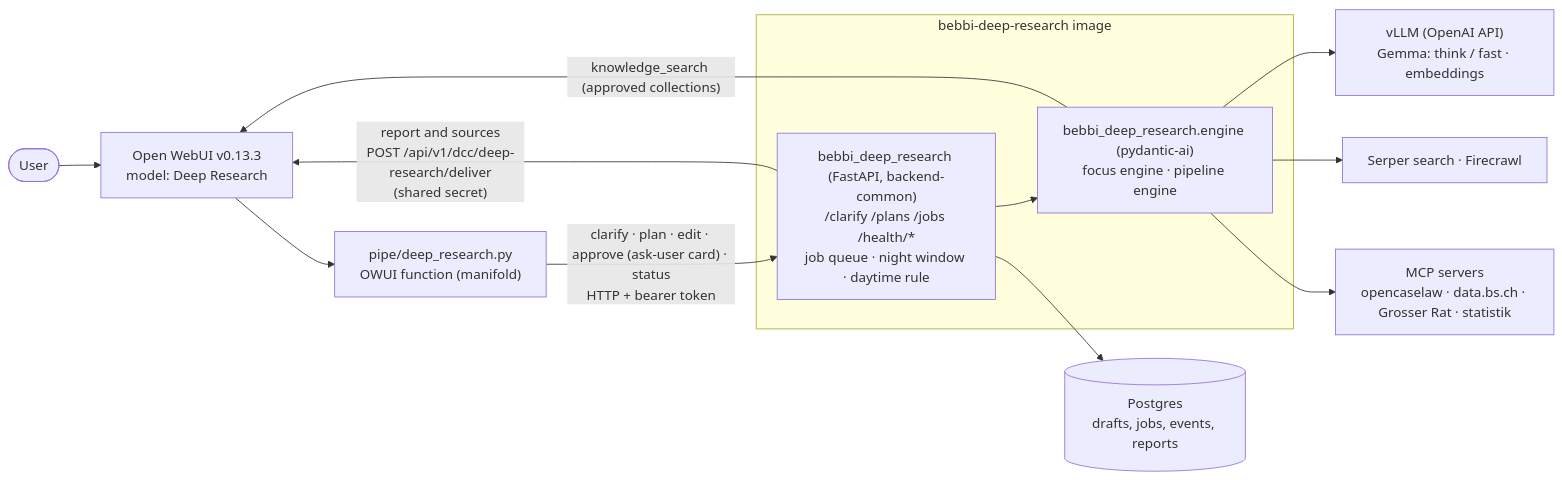
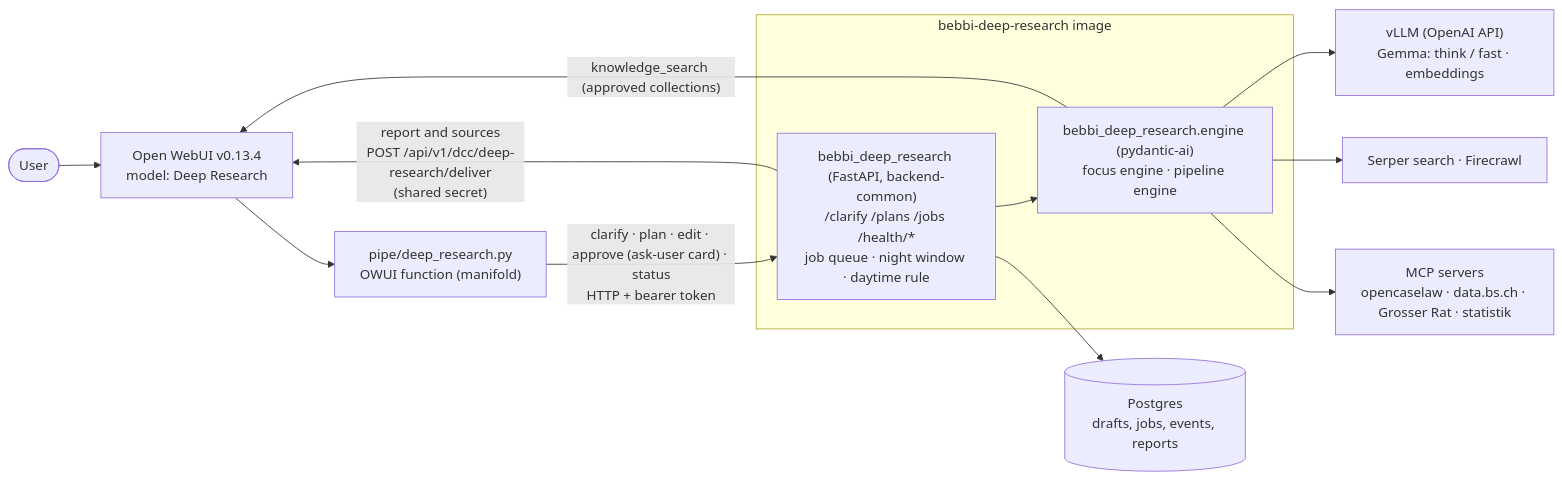
One commit to DCC-BS/bebbi-deep-research changed the diagram in README.md. Above: the diagram before and after it, drawn with Mermaid. The commit also changed other lines of this file and 12 other files, not shown here.

First line of the commit message:
feat: Open WebUI 0.13.4 support in the Deep Research pipe (#48)

````diff
--- a/README.md
+++ b/README.md
@@ -14,19 +14,19 @@
 ```mermaid
 flowchart LR
-    user([User]) --> owui["Open WebUI v0.13.3<br/>model: Deep Research"]
+    user([User]) --> owui["Open WebUI v0.13.4<br/>model: Deep Research"]
     owui --> pipe["pipe/deep_research.py<br/>OWUI function (manifold)"]
     pipe -- "clarify · plan · edit · approve (ask-user card) · status<br/>HTTP + bearer token" --> svc
     svc -- "report and sources<br/>POST /api/v1/dcc/deep-research/deliver<br/>(shared secret)" --> owui
 
     subgraph svc_box ["bebbi-deep-research image"]
         svc["bebbi_deep_research (FastAPI, backend-common)<br/>/clarify /plans /jobs /health/*<br/>job queue · night window · daytime rule"]
         engine["bebbi_deep_research.engine (pydantic-ai)<br/>focus engine · pipeline engine"]
         svc --> engine
     end
 
     svc --> pg[("Postgres<br/>drafts, jobs, events, reports")]
     engine --> llm["vLLM (OpenAI API)<br/>Gemma: think / fast · embeddings"]
     engine --> web["Serper search · Firecrawl"]
     engine --> mcp["MCP servers<br/>opencaselaw · data.bs.ch · Grosser Rat · statistik"]
     engine -- "knowledge_search (approved collections)" --> owui
 ```
````
